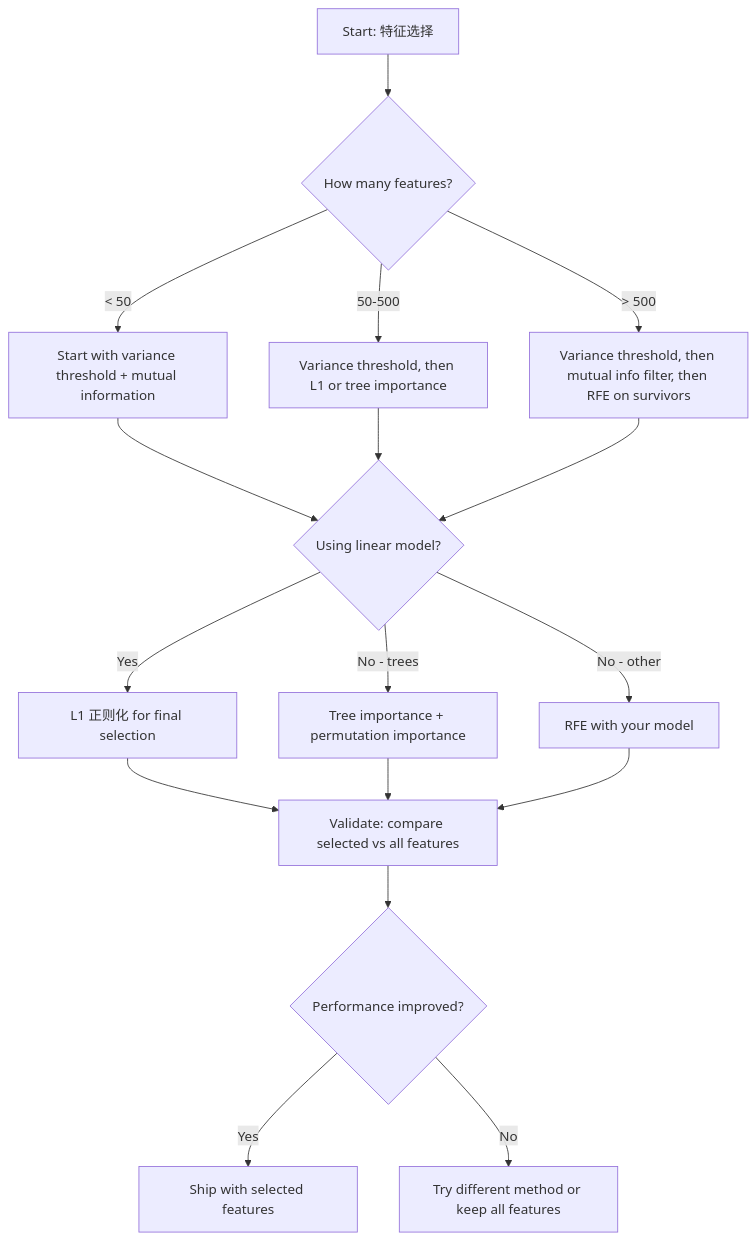
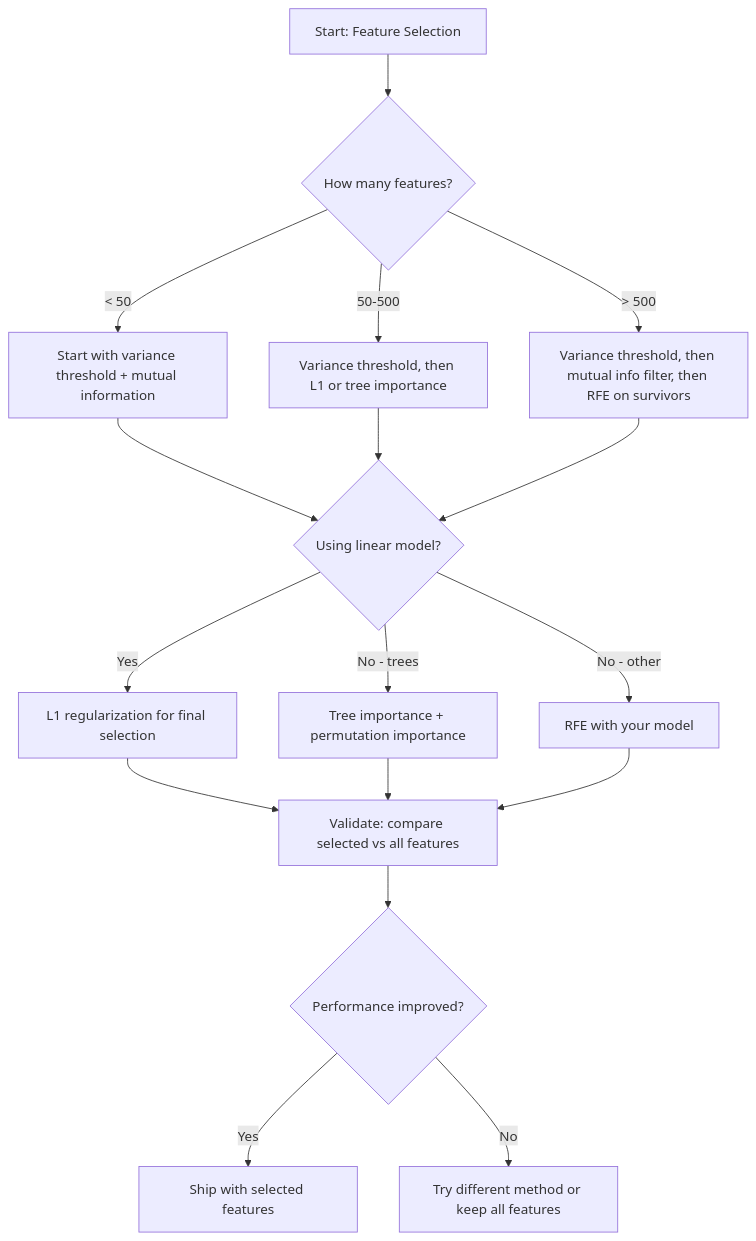
Before and after one commit to arwei944/ai-engineering-from-scratch: the fourth of 4 diagrams in phases/02-ml-fundamentals/18-feature-selection/docs/zh.md, drawn with Mermaid. The commit also changed other lines of this file and 65 other files, not shown here.

````diff
--- a/phases/02-ml-fundamentals/18-feature-selection/docs/zh.md
+++ b/phases/02-ml-fundamentals/18-feature-selection/docs/zh.md
@@ -181,23 +181,23 @@
 ```mermaid
 flowchart TD
-    A[Start: 特征选择] --> B{How many features?}
+    A[Start: Feature Selection] --> B{How many features?}
     B -->|"< 50"| C["Start with variance threshold + mutual information"]
     B -->|"50-500"| D["Variance threshold, then L1 or tree importance"]
     B -->|"> 500"| E["Variance threshold, then mutual info filter, then RFE on survivors"]
 
     C --> F{Using linear model?}
     D --> F
     E --> F
 
-    F -->|Yes| G["L1 正则化 for final selection"]
+    F -->|Yes| G["L1 regularization for final selection"]
     F -->|No - trees| H["Tree importance + permutation importance"]
     F -->|No - other| I["RFE with your model"]
 
     G --> J[Validate: compare selected vs all features]
     H --> J
     I --> J
 
     J --> K{Performance improved?}
     K -->|Yes| L["Ship with selected features"]
     K -->|No| M["Try different method or keep all features"]
 ```
````
